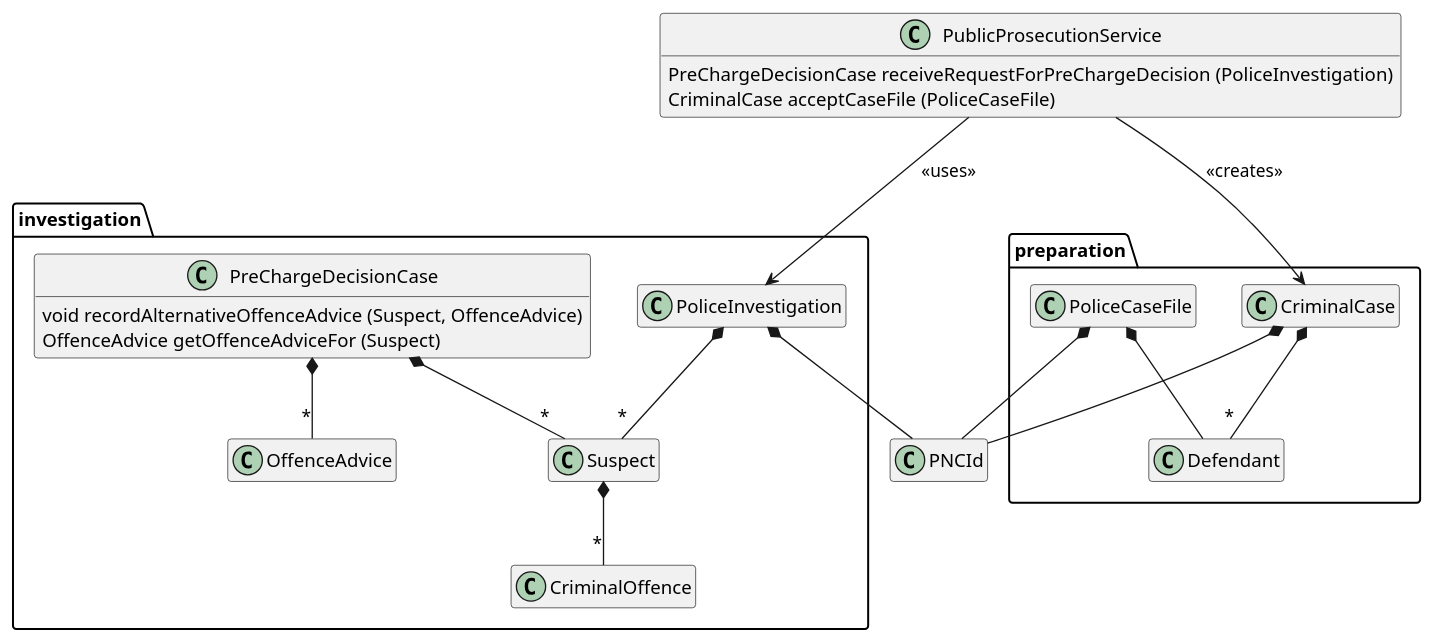
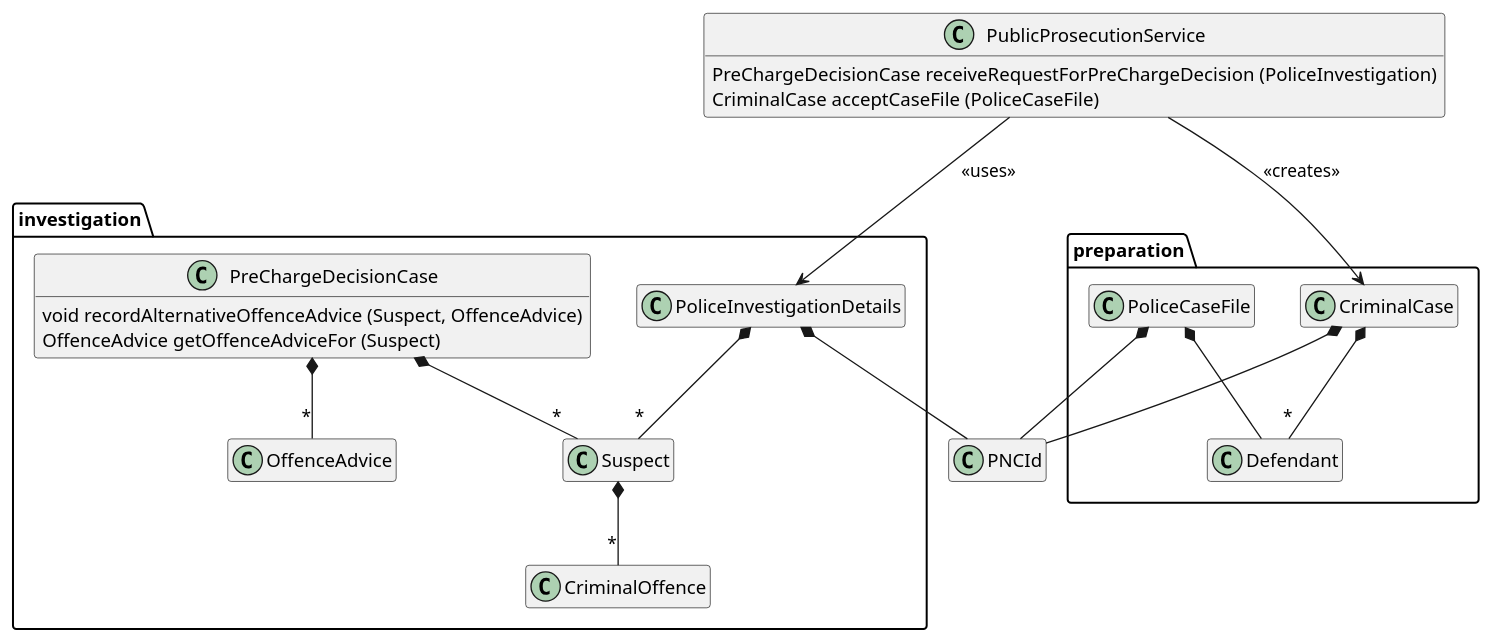
The diagram in docs/Domain-Model.puml (First-Steps-in-DDD-Community/first-steps-in-ddd-solutions), drawn with PlantUML before and after one commit. The commit also changed 5 other files, not shown here.

Commit message:
Extras - REFACTOR - Further insight: PoliceInvestigation is actually read-only PoliceInvestigationDetails

```diff
--- a/docs/Domain-Model.puml
+++ b/docs/Domain-Model.puml
@@ -1,66 +1,66 @@
 @startuml
 hide empty members
 hide empty methods
 
 package investigation {
 
     class CriminalOffence {
     }
 
     class OffenceAdvice {
     }
 
-    class PoliceInvestigation {
+    class PoliceInvestigationDetails {
     }
 
     class PreChargeDecisionCase {
         void recordAlternativeOffenceAdvice (Suspect, OffenceAdvice)
         OffenceAdvice getOffenceAdviceFor (Suspect)
     }
 
     class Suspect    {
     }
 
 }
 
 package preparation{
     class CriminalCase {
     }
 
     class Defendant {
     }
 
     class PoliceCaseFile {
     }
 }
 
 class PNCId {
 }
 
 class PublicProsecutionService {
     PreChargeDecisionCase receiveRequestForPreChargeDecision (PoliceInvestigation)
     CriminalCase acceptCaseFile (PoliceCaseFile)
 }
 
 Suspect *-- "*" CriminalOffence
 
 PoliceCaseFile *-- PNCId
 
 PoliceCaseFile *-- Defendant
 
-PoliceInvestigation *-- "*" Suspect
+PoliceInvestigationDetails *-- "*" Suspect
 
-PoliceInvestigation *-- PNCId
+PoliceInvestigationDetails *-- PNCId
 
 PreChargeDecisionCase *-- "*" Suspect
 
 PreChargeDecisionCase *-- "*" OffenceAdvice
 
 CriminalCase *-- PNCId
 
 CriminalCase *-- "*" Defendant
 
 PublicProsecutionService --> CriminalCase : <<creates>>
 
-PublicProsecutionService --> PoliceInvestigation : <<uses>>
+PublicProsecutionService --> PoliceInvestigationDetails : <<uses>>
 @enduml
```
